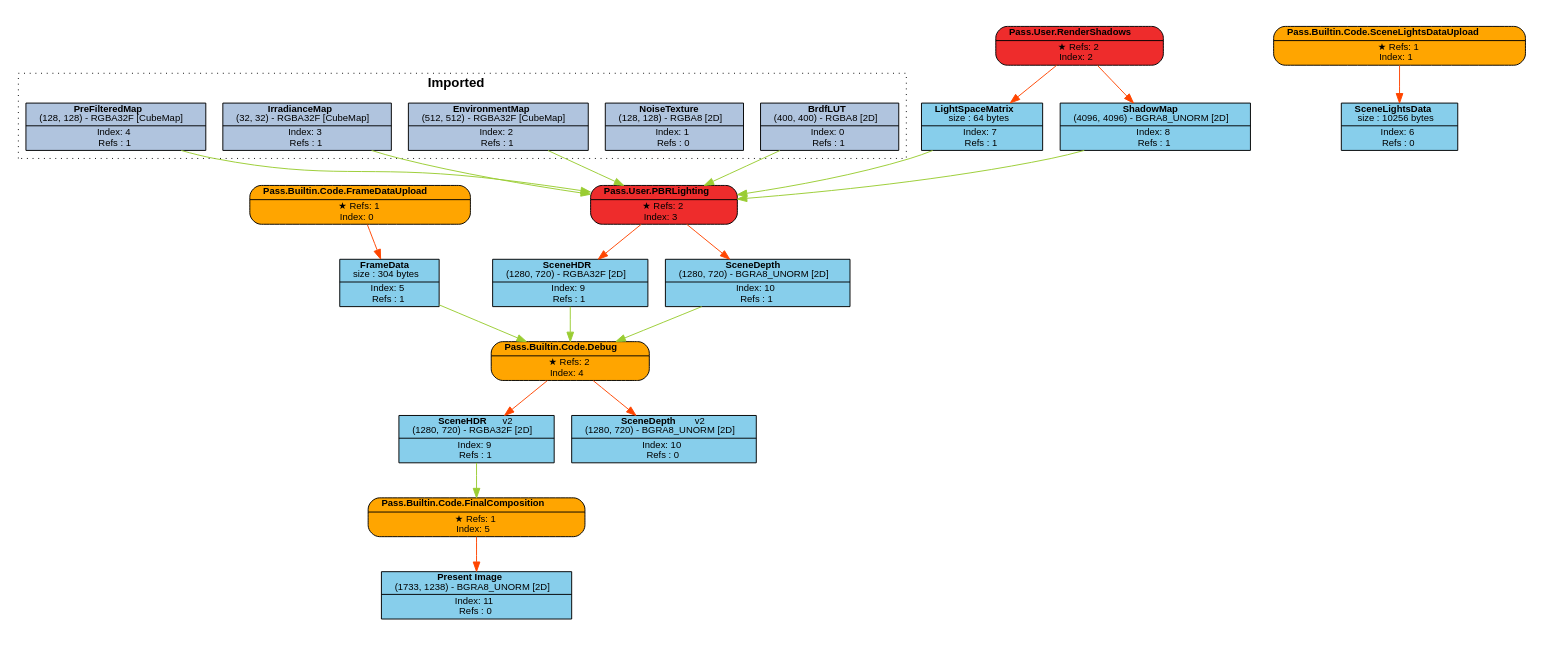
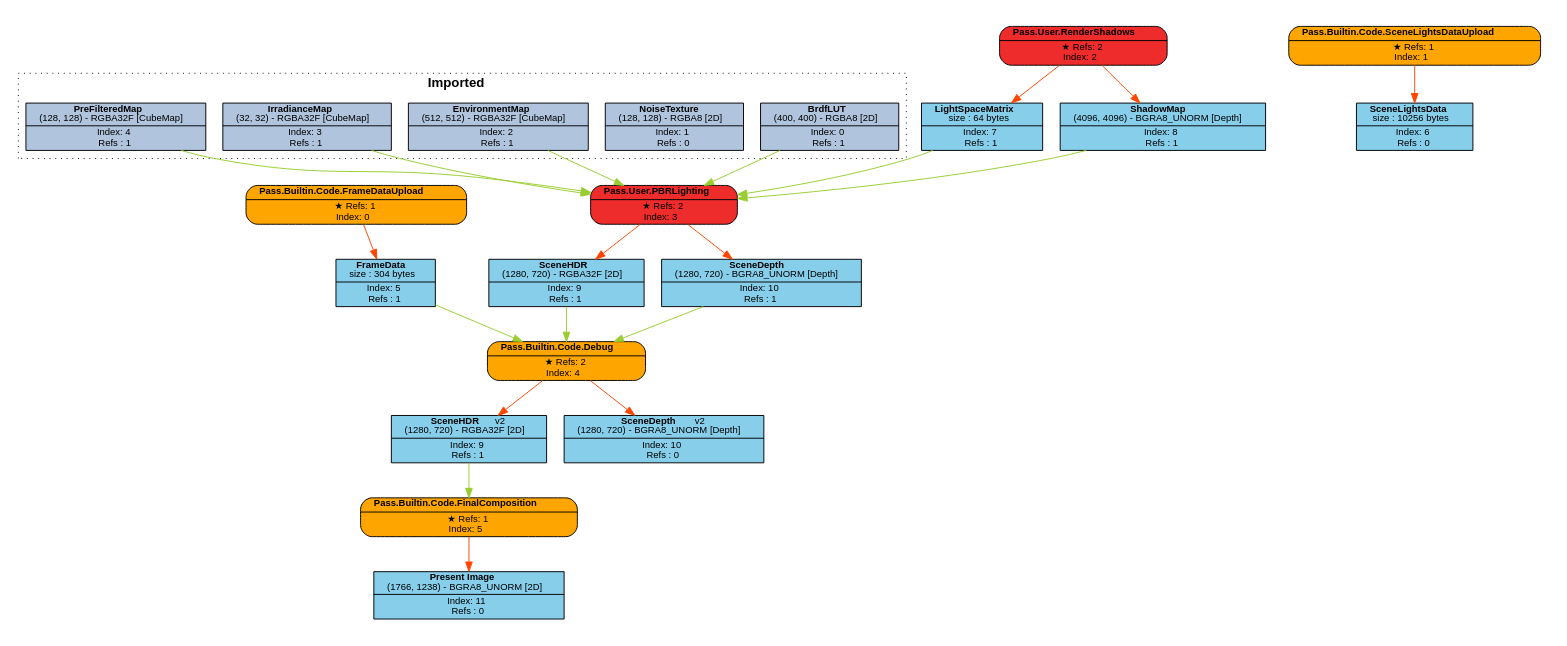
The diagram in Engine/content/FrameGraphs/data_driven_editor_test.dot (Pikachuxxxx/Razix), drawn with Graphviz before and after one commit. The commit also changed 18 other files, not shown here.

```diff
--- a/Engine/content/FrameGraphs/data_driven_editor_test.dot
+++ b/Engine/content/FrameGraphs/data_driven_editor_test.dot
@@ -1,73 +1,73 @@
 digraph FrameGraph {
 graph [style=invis, rankdir="TB" ordering=out, splines=spline]
 node [shape=record, fontname="helvetica", fontsize=10, margin="0.2,0.03"]
 
 P0 [label=<{ {<B>Pass.Builtin.Code.FrameDataUpload</B>} | {&#x2605; Refs: 1<BR/> Index: 0} }> style="rounded,filled", fillcolor=orange]
 P1 [label=<{ {<B>Pass.Builtin.Code.SceneLightsDataUpload</B>} | {&#x2605; Refs: 1<BR/> Index: 1} }> style="rounded,filled", fillcolor=orange]
 P2 [label=<{ {<B>Pass.User.RenderShadows</B>} | {&#x2605; Refs: 2<BR/> Index: 2} }> style="rounded,filled", fillcolor=firebrick2]
 P3 [label=<{ {<B>Pass.User.PBRLighting</B>} | {&#x2605; Refs: 2<BR/> Index: 3} }> style="rounded,filled", fillcolor=firebrick2]
 P4 [label=<{ {<B>Pass.Builtin.Code.Debug</B>} | {&#x2605; Refs: 2<BR/> Index: 4} }> style="rounded,filled", fillcolor=orange]
 P5 [label=<{ {<B>Pass.Builtin.Code.FinalComposition</B>} | {&#x2605; Refs: 1<BR/> Index: 5} }> style="rounded,filled", fillcolor=orange]
 
 R0_1 [label=<{ {<B>BrdfLUT</B><BR/>(400, 400) - RGBA8 [2D]} | {Index: 0<BR/>Refs : 1} }> style=filled, fillcolor=lightsteelblue]
 R1_1 [label=<{ {<B>NoiseTexture</B><BR/>(128, 128) - RGBA8 [2D]} | {Index: 1<BR/>Refs : 0} }> style=filled, fillcolor=lightsteelblue]
 R2_1 [label=<{ {<B>EnvironmentMap</B><BR/>(512, 512) - RGBA32F [CubeMap]} | {Index: 2<BR/>Refs : 1} }> style=filled, fillcolor=lightsteelblue]
 R3_1 [label=<{ {<B>IrradianceMap</B><BR/>(32, 32) - RGBA32F [CubeMap]} | {Index: 3<BR/>Refs : 1} }> style=filled, fillcolor=lightsteelblue]
 R4_1 [label=<{ {<B>PreFilteredMap</B><BR/>(128, 128) - RGBA32F [CubeMap]} | {Index: 4<BR/>Refs : 1} }> style=filled, fillcolor=lightsteelblue]
 R5_1 [label=<{ {<B>FrameData</B><BR/>size : 304 bytes} | {Index: 5<BR/>Refs : 1} }> style=filled, fillcolor=skyblue]
 R6_1 [label=<{ {<B>SceneLightsData</B><BR/>size : 10256 bytes} | {Index: 6<BR/>Refs : 0} }> style=filled, fillcolor=skyblue]
 R7_1 [label=<{ {<B>LightSpaceMatrix</B><BR/>size : 64 bytes} | {Index: 7<BR/>Refs : 1} }> style=filled, fillcolor=skyblue]
-R8_1 [label=<{ {<B>ShadowMap</B><BR/>(4096, 4096) - BGRA8_UNORM [2D]} | {Index: 8<BR/>Refs : 1} }> style=filled, fillcolor=skyblue]
+R8_1 [label=<{ {<B>ShadowMap</B><BR/>(4096, 4096) - BGRA8_UNORM [Depth]} | {Index: 8<BR/>Refs : 1} }> style=filled, fillcolor=skyblue]
 R9_1 [label=<{ {<B>SceneHDR</B><BR/>(1280, 720) - RGBA32F [2D]} | {Index: 9<BR/>Refs : 1} }> style=filled, fillcolor=skyblue]
-R10_1 [label=<{ {<B>SceneDepth</B><BR/>(1280, 720) - BGRA8_UNORM [2D]} | {Index: 10<BR/>Refs : 1} }> style=filled, fillcolor=skyblue]
+R10_1 [label=<{ {<B>SceneDepth</B><BR/>(1280, 720) - BGRA8_UNORM [Depth]} | {Index: 10<BR/>Refs : 1} }> style=filled, fillcolor=skyblue]
 R9_2 [label=<{ {<B>SceneHDR</B>   <FONT>v2</FONT><BR/>(1280, 720) - RGBA32F [2D]} | {Index: 9<BR/>Refs : 1} }> style=filled, fillcolor=skyblue]
-R10_2 [label=<{ {<B>SceneDepth</B>   <FONT>v2</FONT><BR/>(1280, 720) - BGRA8_UNORM [2D]} | {Index: 10<BR/>Refs : 0} }> style=filled, fillcolor=skyblue]
-R11_1 [label=<{ {<B>Present Image</B><BR/>(1733, 1238) - BGRA8_UNORM [2D]} | {Index: 11<BR/>Refs : 0} }> style=filled, fillcolor=skyblue]
+R10_2 [label=<{ {<B>SceneDepth</B>   <FONT>v2</FONT><BR/>(1280, 720) - BGRA8_UNORM [Depth]} | {Index: 10<BR/>Refs : 0} }> style=filled, fillcolor=skyblue]
+R11_1 [label=<{ {<B>Present Image</B><BR/>(1766, 1238) - BGRA8_UNORM [2D]} | {Index: 11<BR/>Refs : 0} }> style=filled, fillcolor=skyblue]
 
 P0 -> { R5_1 } [color=orangered]
 P1 -> { R6_1 } [color=orangered]
 P2 -> { R7_1 R8_1 } [color=orangered]
 P3 -> { R9_1 R10_1 } [color=orangered]
 P4 -> { R9_2 R10_2 } [color=orangered]
 P5 -> { R11_1 } [color=orangered]
 
 R0_1 -> { P3 } [color=olivedrab3]
 R1_1 -> { } [color=olivedrab3]
 R2_1 -> { P3 } [color=olivedrab3]
 R3_1 -> { P3 } [color=olivedrab3]
 R4_1 -> { P3 } [color=olivedrab3]
 R5_1 -> { P4 } [color=olivedrab3]
 R6_1 -> { } [color=olivedrab3]
 R7_1 -> { P3 } [color=olivedrab3]
 R8_1 -> { P3 } [color=olivedrab3]
 R9_1 -> { P4 } [color=olivedrab3]
 R10_1 -> { P4 } [color=olivedrab3]
 R9_2 -> { P5 } [color=olivedrab3]
 R10_2 -> { } [color=olivedrab3]
 R11_1 -> { } [color=olivedrab3]
 
 subgraph cluster_0 {
 P0 R5_1 
 }
 subgraph cluster_1 {
 P1 R6_1 
 }
 subgraph cluster_2 {
 P2 R7_1 R8_1 
 }
 subgraph cluster_3 {
 P3 R9_1 R10_1 
 }
 subgraph cluster_4 {
 P4 
 }
 subgraph cluster_5 {
 P5 R11_1 
 }
 
 subgraph cluster_imported_resources {
 graph [style=dotted, fontname="helvetica", label=< <B>Imported</B> >]
 R0_1 R1_1 R2_1 R3_1 R4_1 
 }
 
 }
```
